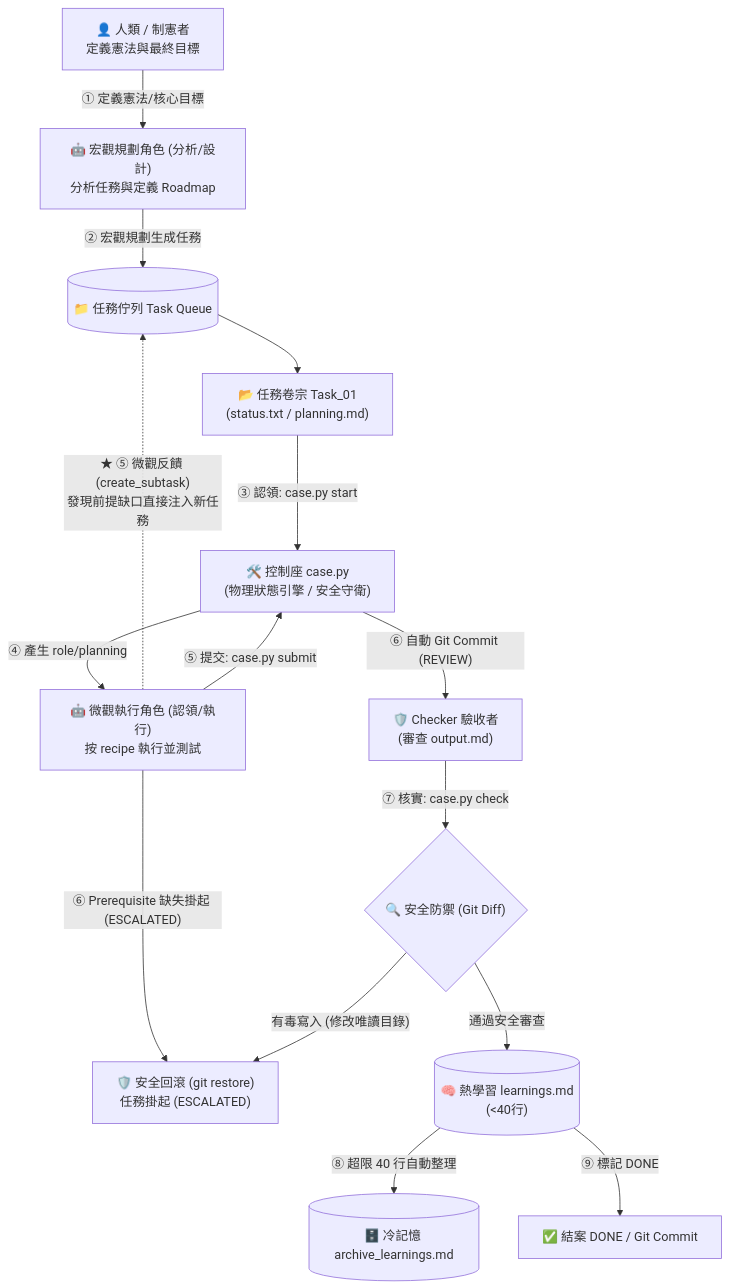
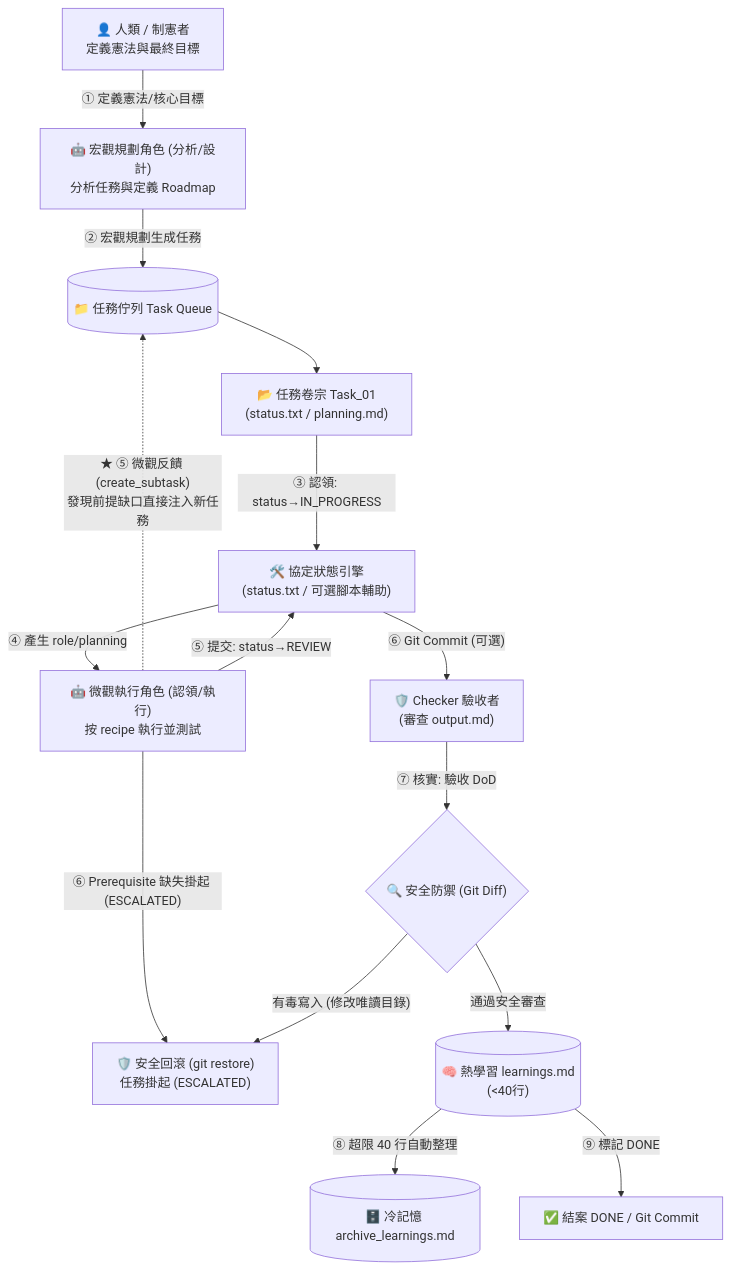
The diagram in C.A.S.E._Framework/README.md (Chiakai-Chang/Local-Agent-Workspace), drawn with Mermaid before and after one commit. The commit also changed other lines of this file and 7 other files, not shown here.

Commit message:
docs(case): decouple framework protocol from case.py and git automation

````diff
--- a/C.A.S.E._Framework/README.md
+++ b/C.A.S.E._Framework/README.md
@@ -13,47 +13,47 @@
 ```mermaid
 graph TD
     H["👤 人類 / 制憲者<br/>定義憲法與最終目標"]
     C["🤖 宏觀規劃角色 (分析/設計)<br/>分析任務與定義 Roadmap"]
     TQ[("📁 任務佇列 Task Queue")]
     T1["📂 任務卷宗 Task_01<br/>(status.txt / planning.md)"]
     
-    %% case.py 媒介
-    CTRL["🛠️ 控制座 case.py<br/>(物理狀態引擎 / 安全守衛)"]
+    %% 狀態引擎（純文字檔案 + 可選腳本）
+    CTRL["🛠️ 協定狀態引擎<br/>(status.txt / 可選腳本輔助)"]
     
     LA["🤖 微觀執行角色 (認領/執行)<br/>按 recipe 執行並測試"]
     CH["🛡️ Checker 驗收者<br/>(審查 output.md)"]
     
     %% 安全防禦與掛起
     SEC{"🔍 安全防禦 (Git Diff)"}
     REVERT["🛡️ 安全回滾 (git restore)<br/>任務掛起 (ESCALATED)"]
     
     %% 記憶體
     HOT[("🧠 熱學習 learnings.md<br/>(<40行)")]
     COLD[("🗄️ 冷記憶 archive_learnings.md")]
     
     DONE["✅ 結案 DONE / Git Commit"]
  
     %% 流程線
     H -->|"① 定義憲法/核心目標"| C
     C -->|"② 宏觀規劃生成任務"| TQ
     TQ --> T1
     
     %% Worker 執行與微觀回饋
-    T1 -->|"③ 認領: case.py start"| CTRL
+    T1 -->|"③ 認領: status→IN_PROGRESS"| CTRL
     CTRL -->|"④ 產生 role/planning"| LA
     
     LA -.->|"★ ⑤ 微觀反饋 (create_subtask)<br/>發現前提缺口直接注入新任務"| TQ
     LA -->|"⑥ Prerequisite 缺失掛起 (ESCALATED)"| REVERT
     
-    LA -->|"⑤ 提交: case.py submit"| CTRL
-    CTRL -->|"⑥ 自動 Git Commit (REVIEW)"| CH
+    LA -->|"⑤ 提交: status→REVIEW"| CTRL
+    CTRL -->|"⑥ Git Commit (可選)"| CH
     
     %% Checker 與安全
-    CH -->|"⑦ 核實: case.py check"| SEC
+    CH -->|"⑦ 核實: 驗收 DoD"| SEC
     SEC -->|"有毒寫入 (修改唯讀目錄)"| REVERT
     SEC -->|"通過安全審查"| HOT
     
     %% 記憶整理與結案
     HOT -->|"⑧ 超限 40 行自動整理"| COLD
     HOT -->|"⑨ 標記 DONE"| DONE
 ```
````
